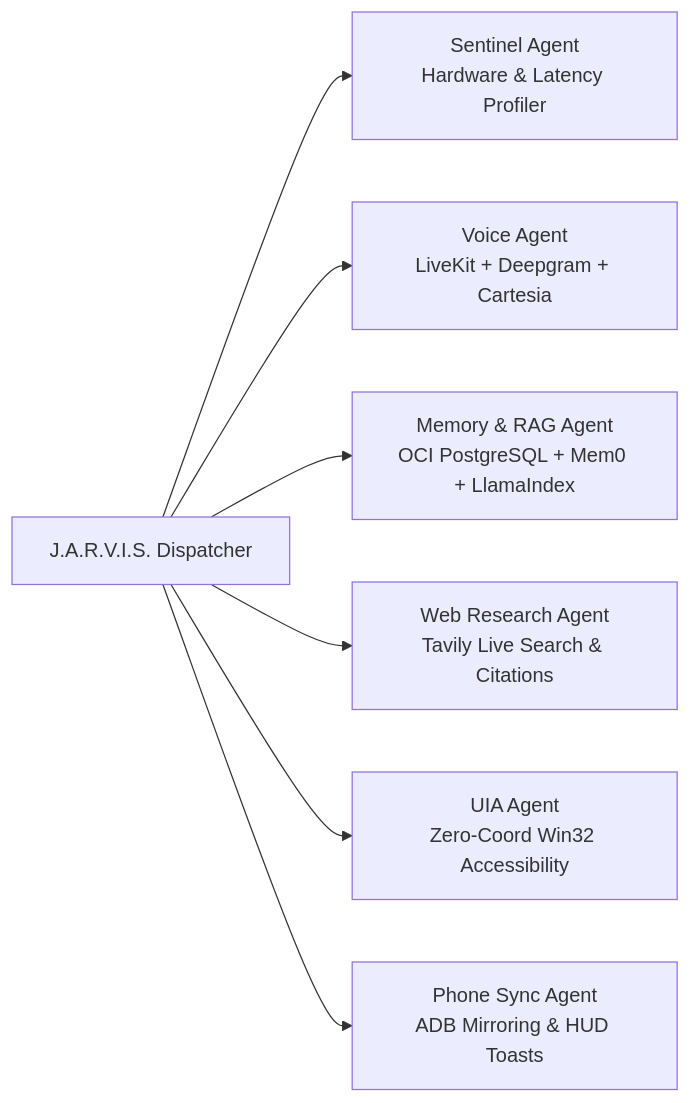
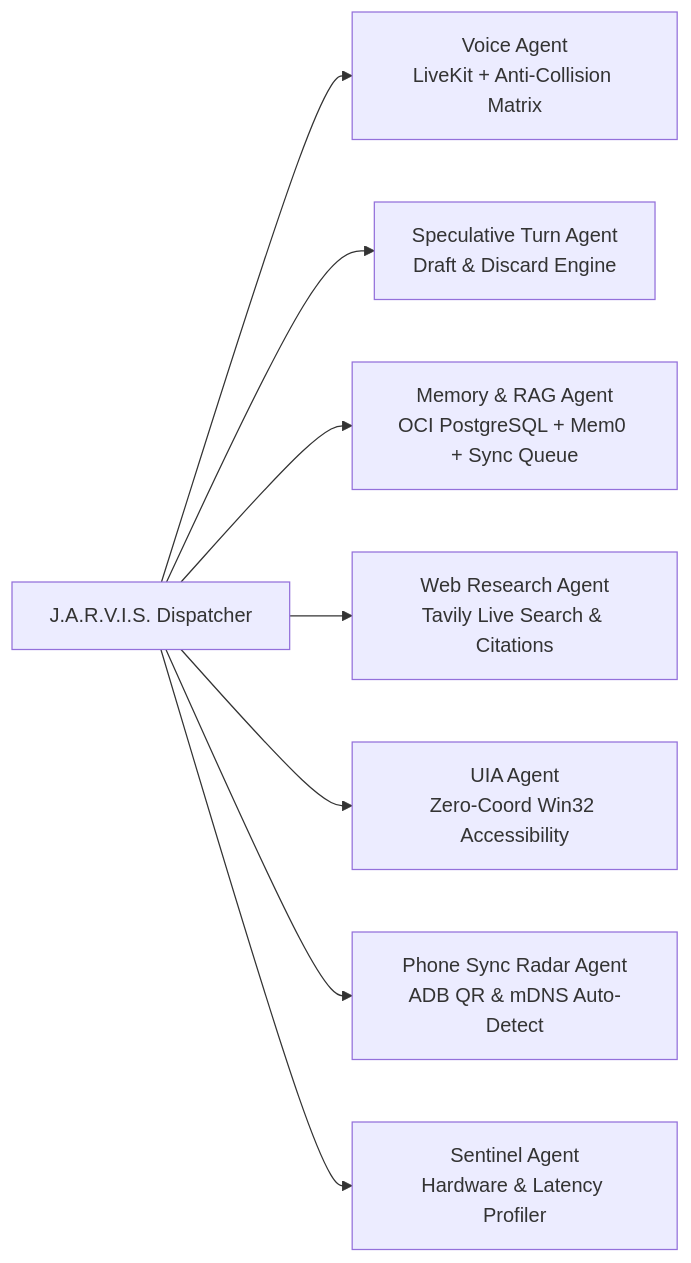
The second of 2 diagrams in AGENTS.md (skullhacker007/Jarvis), drawn with Mermaid before and after one commit. The commit also changed other lines of this file and 5 other files, not shown here.

````diff
--- a/AGENTS.md
+++ b/AGENTS.md
@@ -64,9 +64,10 @@
 ```mermaid
 flowchart LR
-    Dispatcher[J.A.R.V.I.S. Dispatcher] --> Agent1[Sentinel Agent\nHardware & Latency Profiler]
-    Dispatcher --> Agent2[Voice Agent\nLiveKit + Deepgram + Cartesia]
-    Dispatcher --> Agent3[Memory & RAG Agent\nOCI PostgreSQL + Mem0 + LlamaIndex]
+    Dispatcher[J.A.R.V.I.S. Dispatcher] --> Agent1[Voice Agent\nLiveKit + Anti-Collision Matrix]
+    Dispatcher --> Agent2[Speculative Turn Agent\nDraft & Discard Engine]
+    Dispatcher --> Agent3[Memory & RAG Agent\nOCI PostgreSQL + Mem0 + Sync Queue]
     Dispatcher --> Agent4[Web Research Agent\nTavily Live Search & Citations]
     Dispatcher --> Agent5[UIA Agent\nZero-Coord Win32 Accessibility]
-    Dispatcher --> Agent6[Phone Sync Agent\nADB Mirroring & HUD Toasts]
+    Dispatcher --> Agent6[Phone Sync Radar Agent\nADB QR & mDNS Auto-Detect]
+    Dispatcher --> Agent7[Sentinel Agent\nHardware & Latency Profiler]
 ```
````
